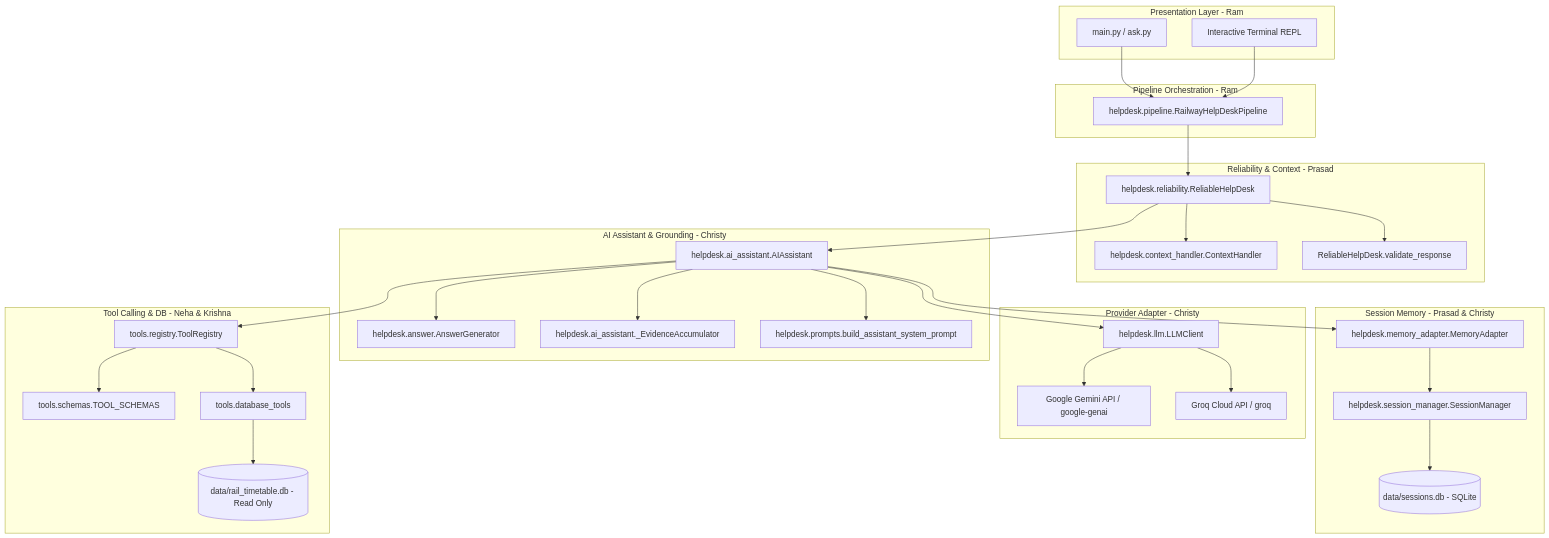
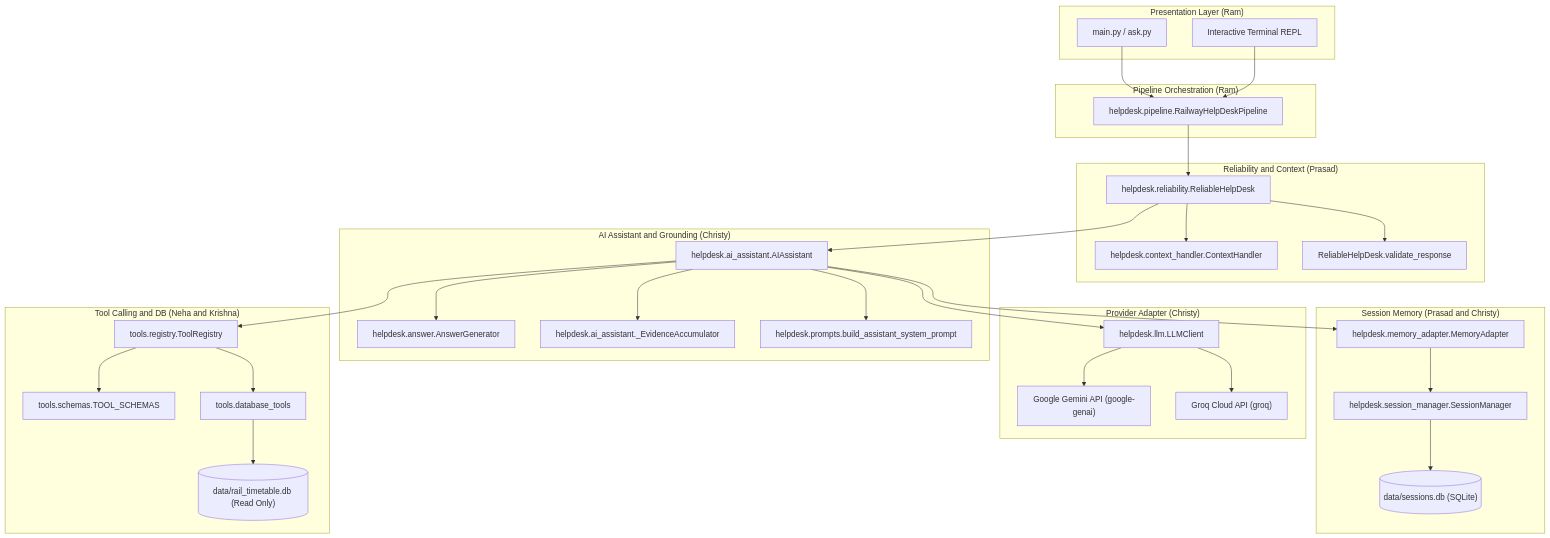
The first of 3 diagrams in docs/ARCHITECTURE.md (chxisty/genai-nexus-capstone-team-5), drawn with Mermaid before and after one commit. The commit also changed other lines of this file and 3 other files, not shown here.

Commit message:
fix(docs/tests): resolve mermaid syntax in architecture and readme, remove unused imports, and normalize EOF lines

````diff
--- a/docs/ARCHITECTURE.md
+++ b/docs/ARCHITECTURE.md
@@ -15,63 +15,63 @@
 ```mermaid
 graph TD
-    subgraph Presentation_Layer [Presentation Layer - Ram]
-        CLI[main.py / ask.py]
-        REPL[Interactive Terminal REPL]
+    subgraph Presentation_Layer["Presentation Layer (Ram)"]
+        CLI["main.py / ask.py"]
+        REPL["Interactive Terminal REPL"]
     end
 
-    subgraph Integration_Pipeline [Pipeline Orchestration - Ram]
-        Pipe[helpdesk.pipeline.RailwayHelpDeskPipeline]
+    subgraph Integration_Pipeline["Pipeline Orchestration (Ram)"]
+        Pipe["helpdesk.pipeline.RailwayHelpDeskPipeline"]
     end
 
-    subgraph Reliability_Layer [Reliability & Context - Prasad]
-        Reliable[helpdesk.reliability.ReliableHelpDesk]
-        Context[helpdesk.context_handler.ContextHandler]
-        ContractCheck[ReliableHelpDesk.validate_response]
+    subgraph Reliability_Layer["Reliability and Context (Prasad)"]
+        Reliable["helpdesk.reliability.ReliableHelpDesk"]
+        Context["helpdesk.context_handler.ContextHandler"]
+        ContractCheck["ReliableHelpDesk.validate_response"]
     end
 
-    subgraph Assistant_Layer [AI Assistant & Grounding - Christy]
-        Assist[helpdesk.ai_assistant.AIAssistant]
-        AnswerGen[helpdesk.answer.AnswerGenerator]
-        EvidenceAcc[helpdesk.ai_assistant._EvidenceAccumulator]
-        PromptBuilder[helpdesk.prompts.build_assistant_system_prompt]
+    subgraph Assistant_Layer["AI Assistant and Grounding (Christy)"]
+        Assist["helpdesk.ai_assistant.AIAssistant"]
+        AnswerGen["helpdesk.answer.AnswerGenerator"]
+        EvidenceAcc["helpdesk.ai_assistant._EvidenceAccumulator"]
+        PromptBuilder["helpdesk.prompts.build_assistant_system_prompt"]
     end
 
-    subgraph LLM_Layer [Provider Adapter - Christy]
-        LLM[helpdesk.llm.LLMClient]
-        Gemini[Google Gemini API / google-genai]
-        Groq[Groq Cloud API / groq]
+    subgraph LLM_Layer["Provider Adapter (Christy)"]
+        LLM["helpdesk.llm.LLMClient"]
+        Gemini["Google Gemini API (google-genai)"]
+        Groq["Groq Cloud API (groq)"]
     end
 
-    subgraph Memory_Layer [Session Memory - Prasad & Christy]
-        MemAdapter[helpdesk.memory_adapter.MemoryAdapter]
-        SessMgr[helpdesk.session_manager.SessionManager]
-        SessDB[(data/sessions.db - SQLite)]
+    subgraph Memory_Layer["Session Memory (Prasad and Christy)"]
+        MemAdapter["helpdesk.memory_adapter.MemoryAdapter"]
+        SessMgr["helpdesk.session_manager.SessionManager"]
+        SessDB[("data/sessions.db (SQLite)")]
     end
 
-    subgraph Tool_Calling_Layer [Tool Calling & DB - Neha & Krishna]
-        Registry[tools.registry.ToolRegistry]
-        Schemas[tools.schemas.TOOL_SCHEMAS]
-        DBTools[tools.database_tools]
-        RailDB[(data/rail_timetable.db - Read Only)]
+    subgraph Tool_Calling_Layer["Tool Calling and DB (Neha and Krishna)"]
+        Registry["tools.registry.ToolRegistry"]
+        Schemas["tools.schemas.TOOL_SCHEMAS"]
+        DBTools["tools.database_tools"]
+        RailDB[("data/rail_timetable.db (Read Only)")]
     end
 
     CLI --> Pipe
     REPL --> Pipe
     Pipe --> Reliable
     Reliable --> Context
     Reliable --> Assist
     Reliable --> ContractCheck
     Assist --> MemAdapter
     Assist --> LLM
     Assist --> Registry
     Assist --> AnswerGen
     Assist --> EvidenceAcc
     Assist --> PromptBuilder
     LLM --> Gemini
     LLM --> Groq
     MemAdapter --> SessMgr
     SessMgr --> SessDB
     Registry --> Schemas
     Registry --> DBTools
     DBTools --> RailDB
 ```
````
